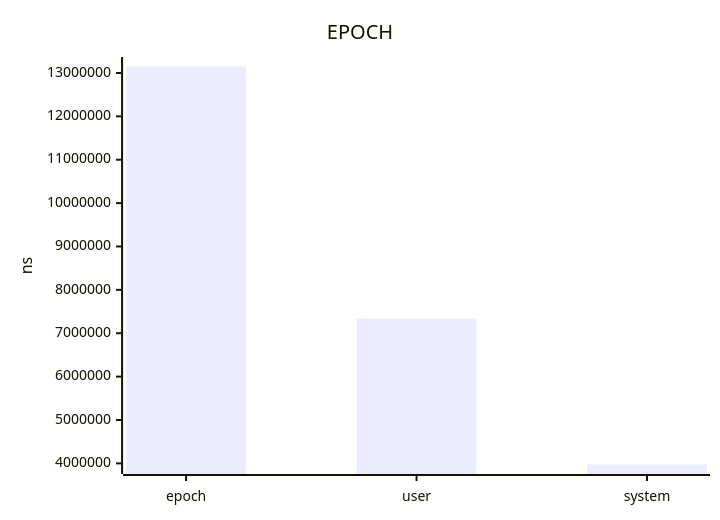
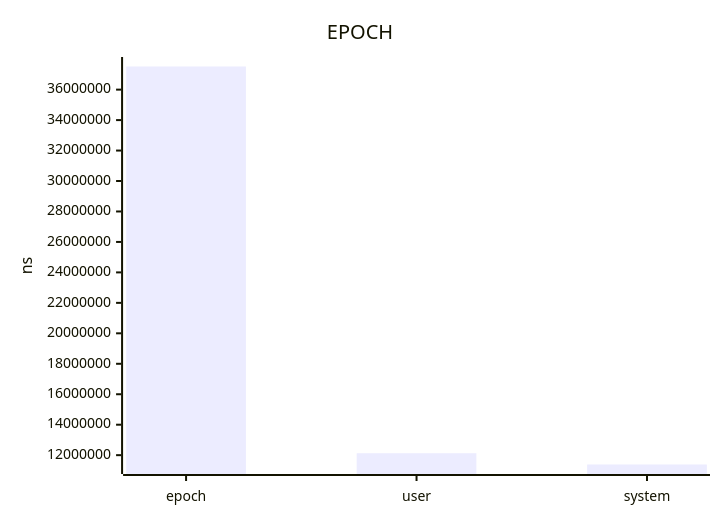
Before and after one commit to jrengmusic/saw: the diagram in benchmark/saw-fields-vs-awk-report.md, drawn with Mermaid. The commit also changed other lines of this file and 434 other files, not shown here.

````diff
--- a/benchmark/saw-fields-vs-awk-report.md
+++ b/benchmark/saw-fields-vs-awk-report.md
@@ -23,7 +17,7 @@
 ```mermaid
 xychart-beta
 title "EPOCH"
 x-axis ["epoch", "user", "system"]
 y-axis "ns"
-bar [13149083.33333333395421505, 7337000.00000000000000000, 3974000.00000000000000000]
+bar [37518916.66666666418313980, 12127000.00000000000000000, 11387000.00000000000000000]
 ```
````
